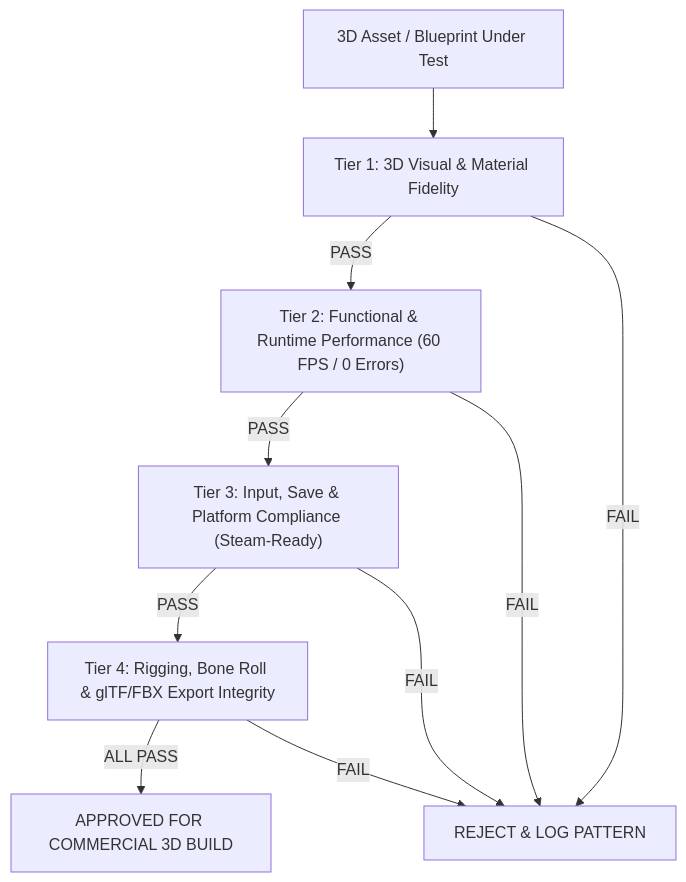
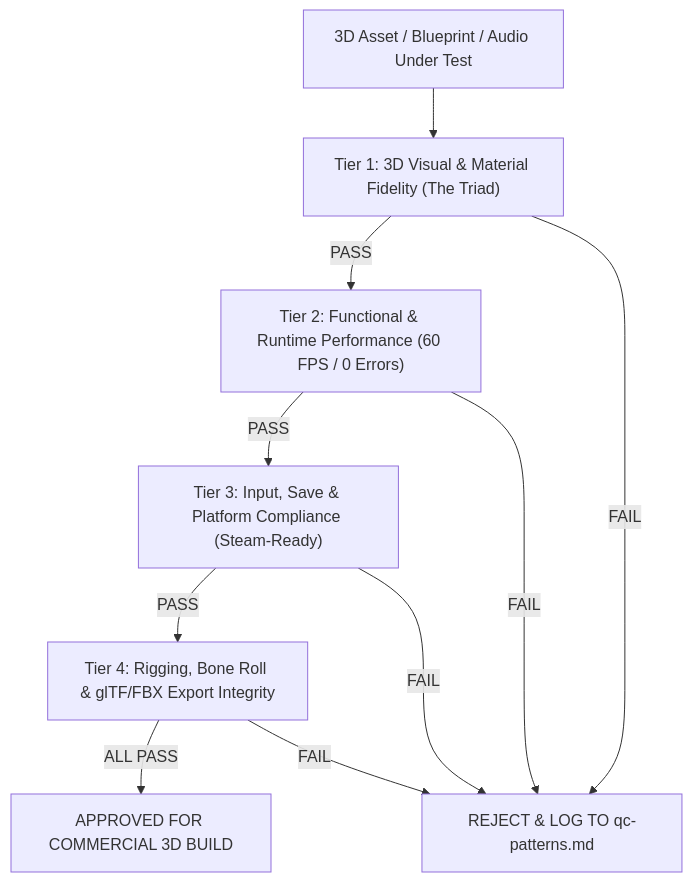
Before and after one commit to adityaairlangga12/lentera-pudar-legacy-pre-r7: the diagram in .agents/skills/qc_check/SKILL.md, drawn with Mermaid. The commit also changed other lines of this file and 23 other files, not shown here.

````diff
--- a/.agents/skills/qc_check/SKILL.md
+++ b/.agents/skills/qc_check/SKILL.md
@@ -14,12 +14,12 @@
 ```mermaid
 flowchart TD
-    A["3D Asset / Blueprint Under Test"] --> B["Tier 1: 3D Visual & Material Fidelity"]
+    A["3D Asset / Blueprint / Audio Under Test"] --> B["Tier 1: 3D Visual & Material Fidelity (The Triad)"]
     B -->|PASS| C["Tier 2: Functional & Runtime Performance (60 FPS / 0 Errors)"]
     C -->|PASS| D["Tier 3: Input, Save & Platform Compliance (Steam-Ready)"]
     D -->|PASS| E["Tier 4: Rigging, Bone Roll & glTF/FBX Export Integrity"]
     E -->|ALL PASS| F["APPROVED FOR COMMERCIAL 3D BUILD"]
-    B -->|FAIL| R["REJECT & LOG PATTERN"]
+    B -->|FAIL| R["REJECT & LOG TO qc-patterns.md"]
     C -->|FAIL| R
     D -->|FAIL| R
     E -->|FAIL| R
 ```
````
